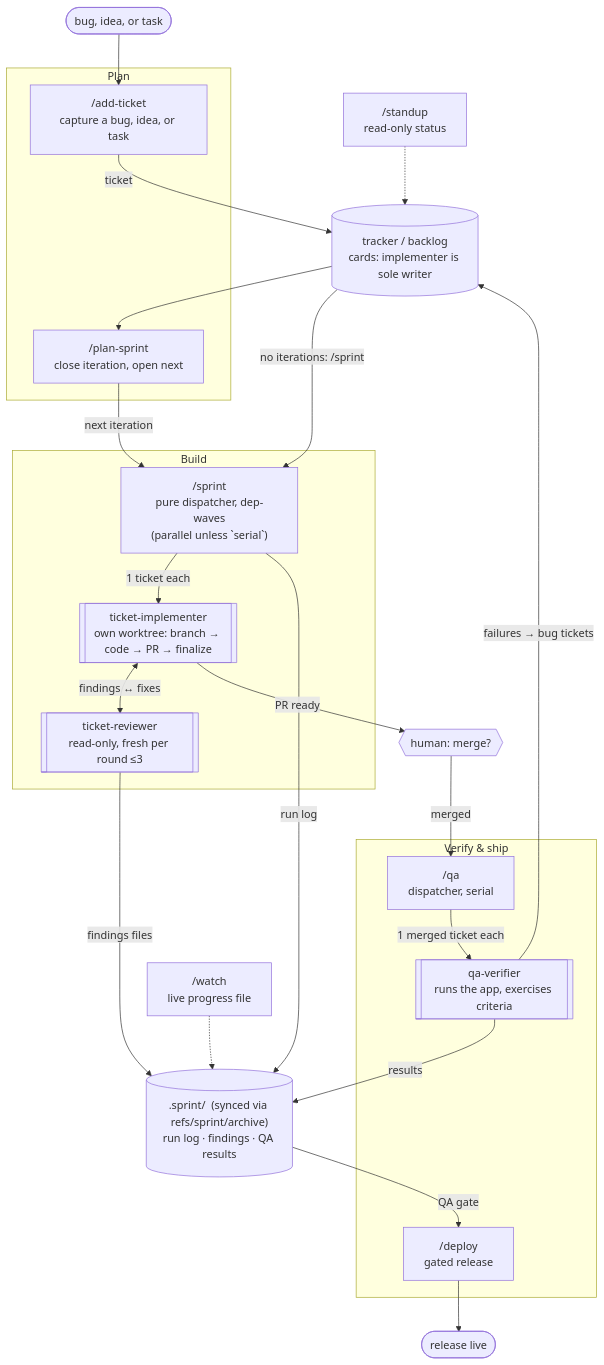
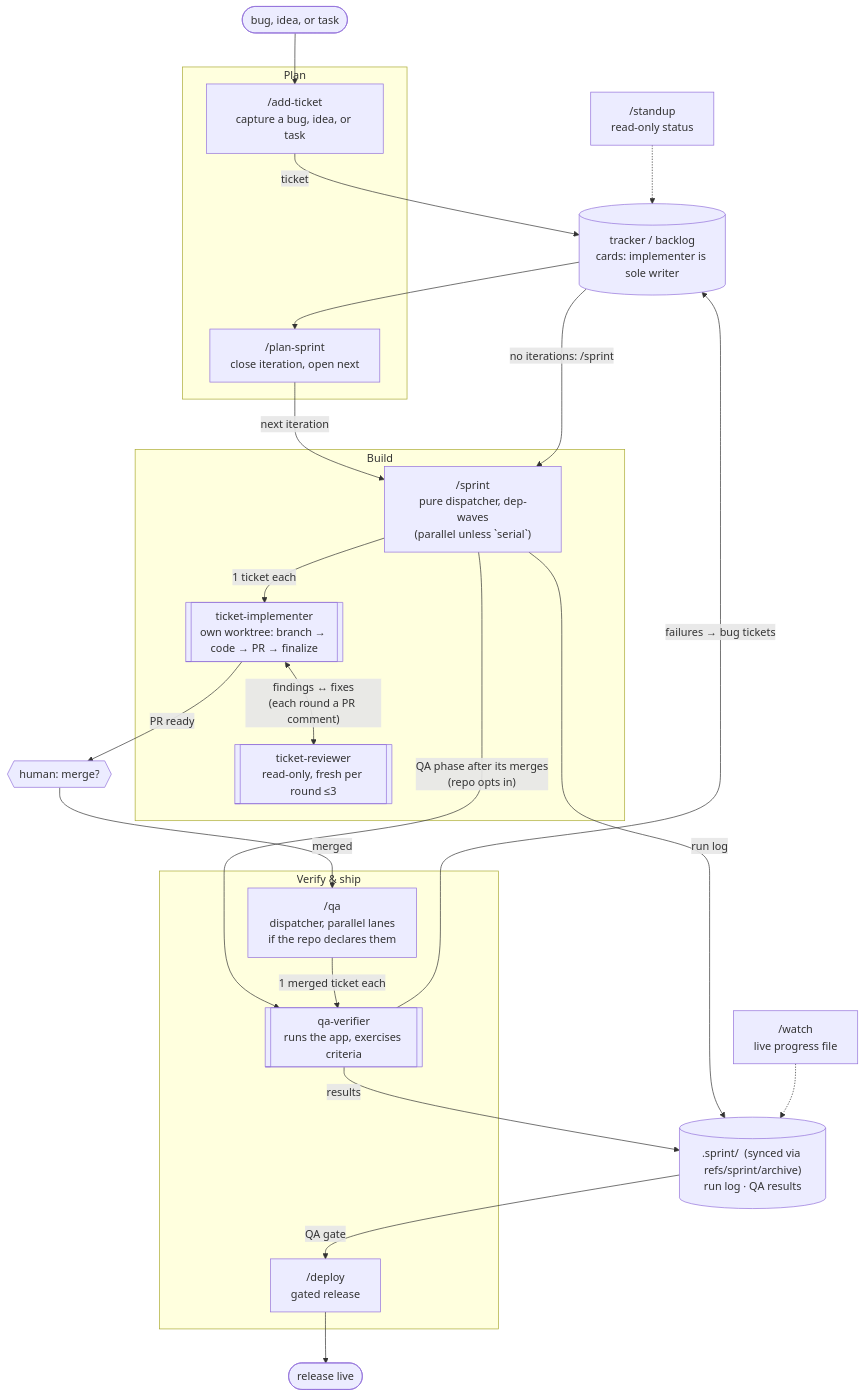
The diagram in README.md (kyimoemin/skills), drawn with Mermaid before and after one commit. The commit also changed other lines of this file, not shown here.

First line of the commit message:
docs: README matches the current flow

````diff
--- a/README.md
+++ b/README.md
@@ -21,44 +21,44 @@
 ```mermaid
 flowchart TB
     subgraph pm ["Plan"]
         addticket["/add-ticket\ncapture a bug, idea, or task"]
         plansprint["/plan-sprint\nclose iteration, open next"]
     end
 
     subgraph build ["Build"]
         sprint["/sprint\npure dispatcher, dep-waves\n(parallel unless `serial`)"]
         impl[["ticket-implementer\nown worktree: branch → code → PR → finalize"]]
         reviewer[["ticket-reviewer\nread-only, fresh per round ≤3"]]
     end
 
     subgraph ship ["Verify & ship"]
-        qa["/qa\ndispatcher, serial"]
+        qa["/qa\ndispatcher, parallel lanes\nif the repo declares them"]
         qav[["qa-verifier\nruns the app, exercises criteria"]]
         deploy["/deploy\ngated release"]
     end
 
     standup["/standup\nread-only status"]
     watch["/watch\nlive progress file"]
 
     tracker[("tracker / backlog\ncards: implementer is sole writer")]
-    dotsprint[(".sprint/  (synced via refs/sprint/archive)\nrun log · findings · QA results")]
+    dotsprint[(".sprint/  (synced via refs/sprint/archive)\nrun log · QA results")]
 
     idea([bug, idea, or task]) --> addticket
     addticket -- "ticket" --> tracker
     tracker --> plansprint
     plansprint -- "next iteration" --> sprint
     tracker -- "no iterations: /sprint <ids>" --> sprint
     sprint -- "1 ticket each" --> impl
-    impl <-- "findings ↔ fixes" --> reviewer
-    reviewer -- "findings files" --> dotsprint
+    impl <-- "findings ↔ fixes\n(each round a PR comment)" --> reviewer
     sprint -- "run log" --> dotsprint
+    sprint -- "QA phase after its merges\n(repo opts in)" --> qav
     impl -- "PR ready" --> merge{{"human: merge?"}}
     merge -- "merged" --> qa
     qa -- "1 merged ticket each" --> qav
     qav -- "results" --> dotsprint
     qav -- "failures → bug tickets" --> tracker
     dotsprint -- "QA gate" --> deploy
     deploy --> live([release live])
     standup -.-> tracker
     watch -.-> dotsprint
 ```
````
